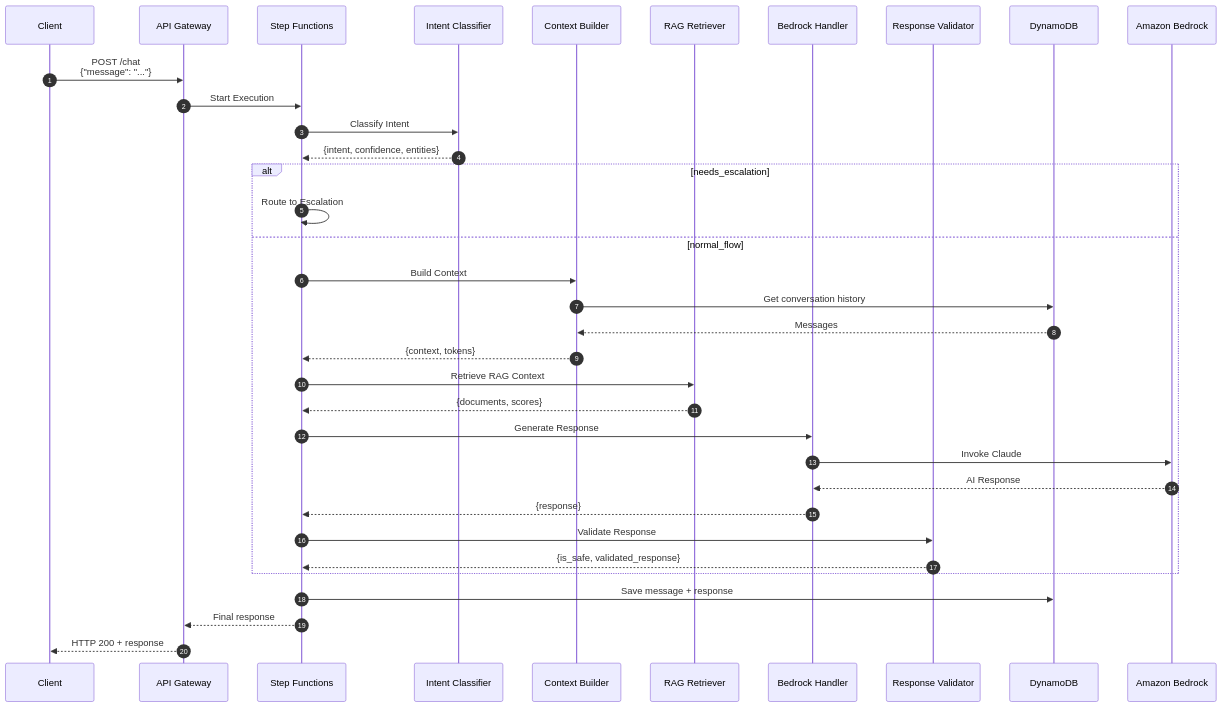
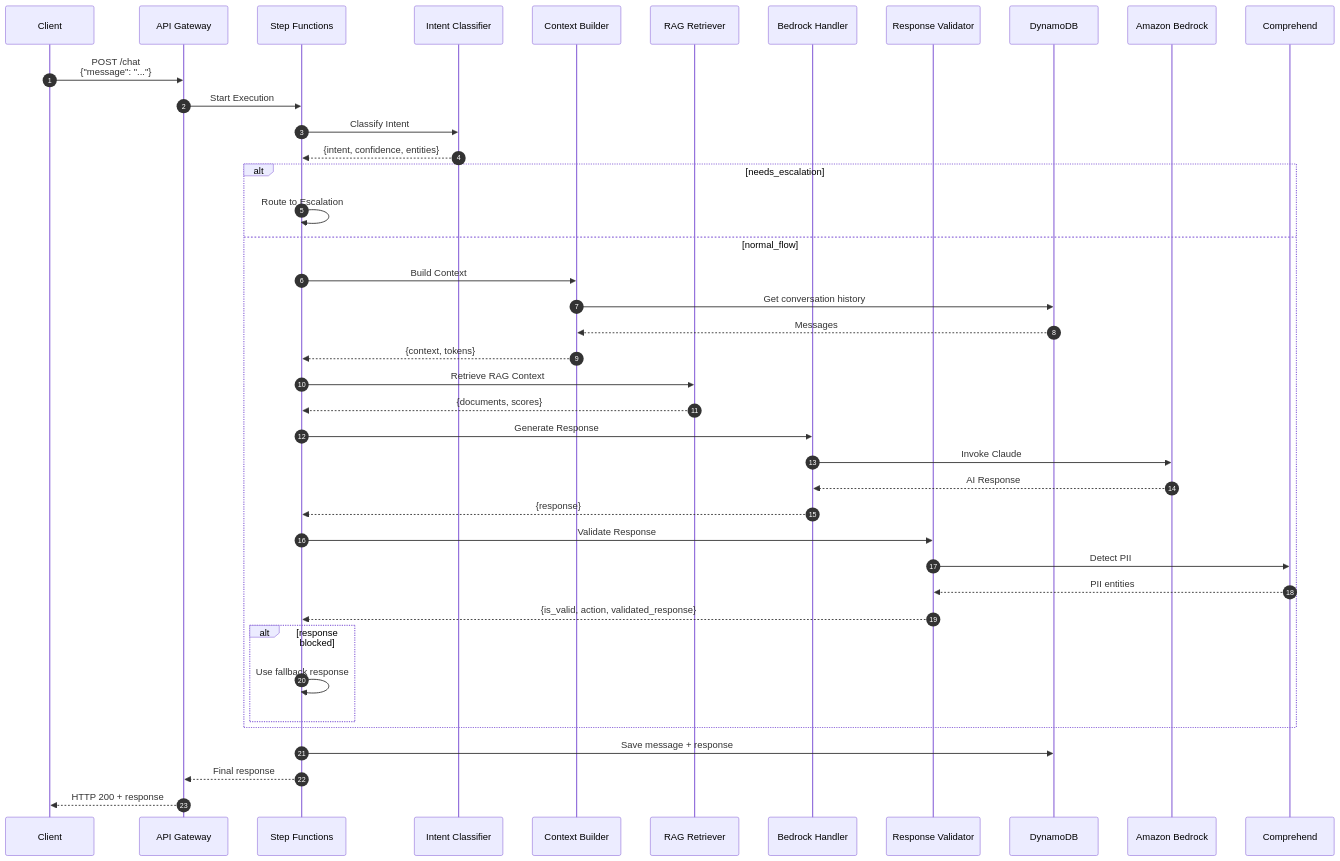
One commit to jujubear24/ai-customer-service-bot changed diagram 14 of 24 in docs/architecture/data-flow.md. Above: the diagram before and after it, drawn with Mermaid. The commit also changed other lines of this file and 3 other files, not shown here.

````diff
--- a/docs/architecture/data-flow.md
+++ b/docs/architecture/data-flow.md
@@ -512,44 +756,51 @@
 ```mermaid
 sequenceDiagram
     autonumber
     participant C as Client
     participant AG as API Gateway
     participant SF as Step Functions
     participant IC as Intent Classifier
     participant CB as Context Builder
     participant RR as RAG Retriever
     participant BH as Bedrock Handler
     participant RV as Response Validator
     participant DDB as DynamoDB
     participant BR as Amazon Bedrock
+    participant CP as Comprehend
 
     C->>AG: POST /chat<br/>{"message": "..."}
     AG->>SF: Start Execution
 
     SF->>IC: Classify Intent
     IC-->>SF: {intent, confidence, entities}
 
     alt needs_escalation
         SF->>SF: Route to Escalation
     else normal_flow
         SF->>CB: Build Context
         CB->>DDB: Get conversation history
         DDB-->>CB: Messages
         CB-->>SF: {context, tokens}
 
         SF->>RR: Retrieve RAG Context
         RR-->>SF: {documents, scores}
 
         SF->>BH: Generate Response
         BH->>BR: Invoke Claude
         BR-->>BH: AI Response
         BH-->>SF: {response}
 
         SF->>RV: Validate Response
-        RV-->>SF: {is_safe, validated_response}
+        RV->>CP: Detect PII
+        CP-->>RV: PII entities
+        RV-->>SF: {is_valid, action, validated_response}
+
+        alt response blocked
+            SF->>SF: Use fallback response
+        end
     end
 
     SF->>DDB: Save message + response
     SF-->>AG: Final response
     AG-->>C: HTTP 200 + response
 ```
````
